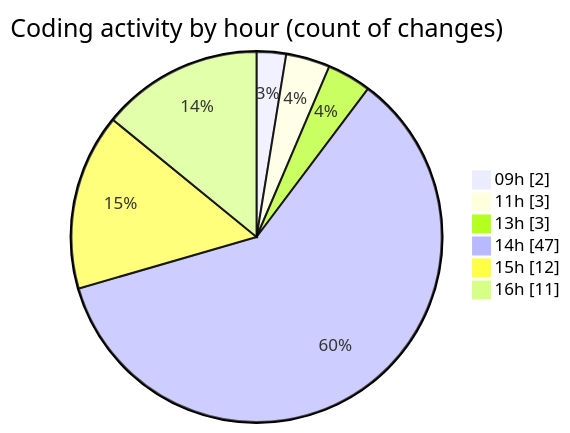
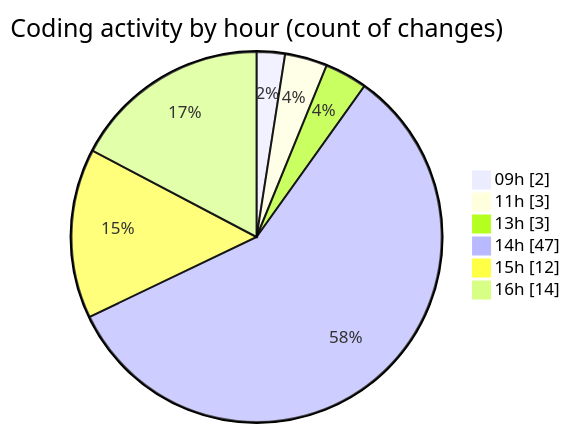
The second of 2 diagrams in 2025-11-10/eventscop-frontend-guide__workspace_/README.md (julien-gomy/code-tracking), drawn with Mermaid before and after one commit. The commit also changed other lines of this file and 1 other file, not shown here.

````diff
--- a/2025-11-10/eventscop-frontend-guide__workspace_/README.md
+++ b/2025-11-10/eventscop-frontend-guide__workspace_/README.md
@@ -62,10 +65,10 @@
 ```mermaid
 pie showData
 title Coding activity by hour (count of changes)
 "09h" : 2
 "11h" : 3
 "13h" : 3
 "14h" : 47
 "15h" : 12
-"16h" : 11
+"16h" : 14
 ```
````
